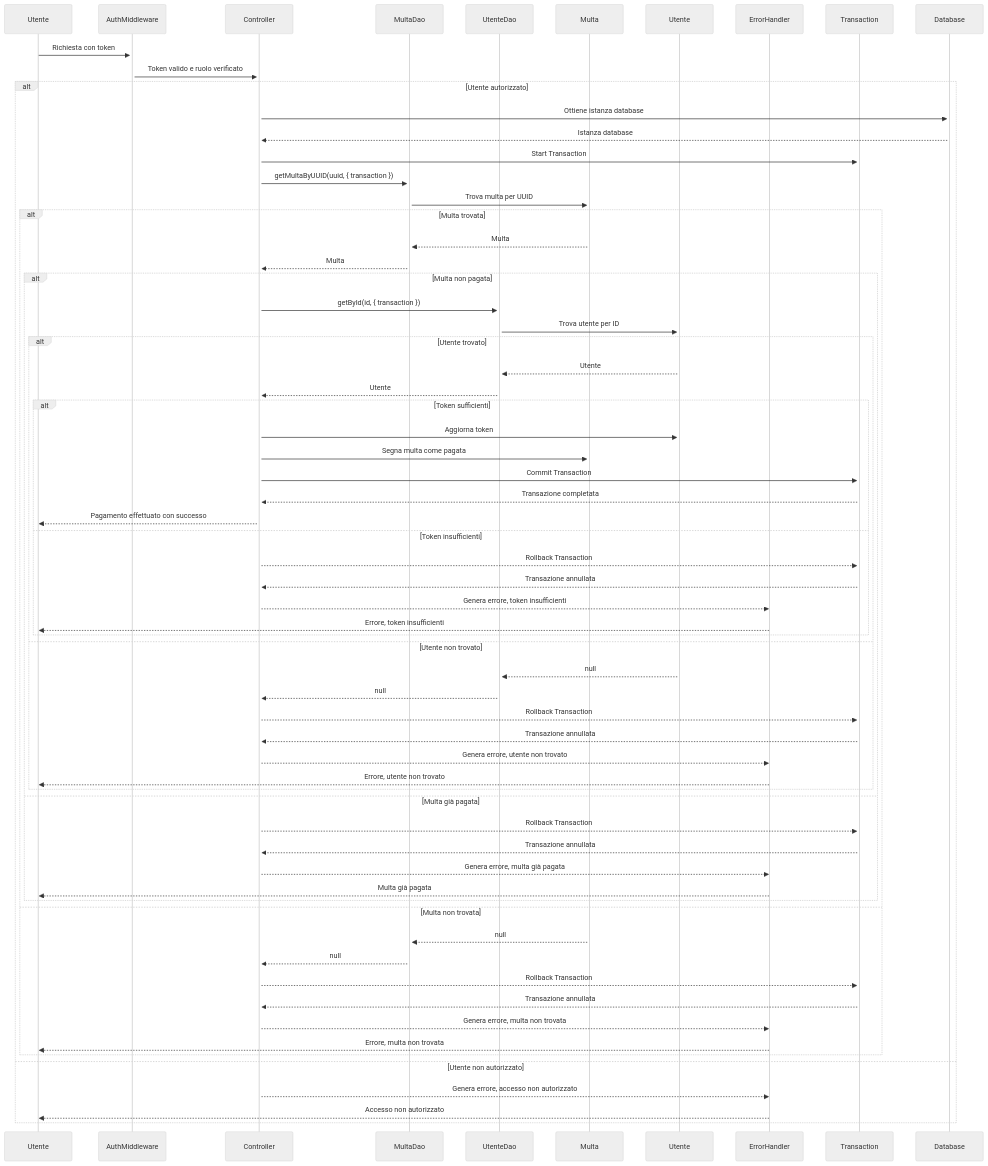
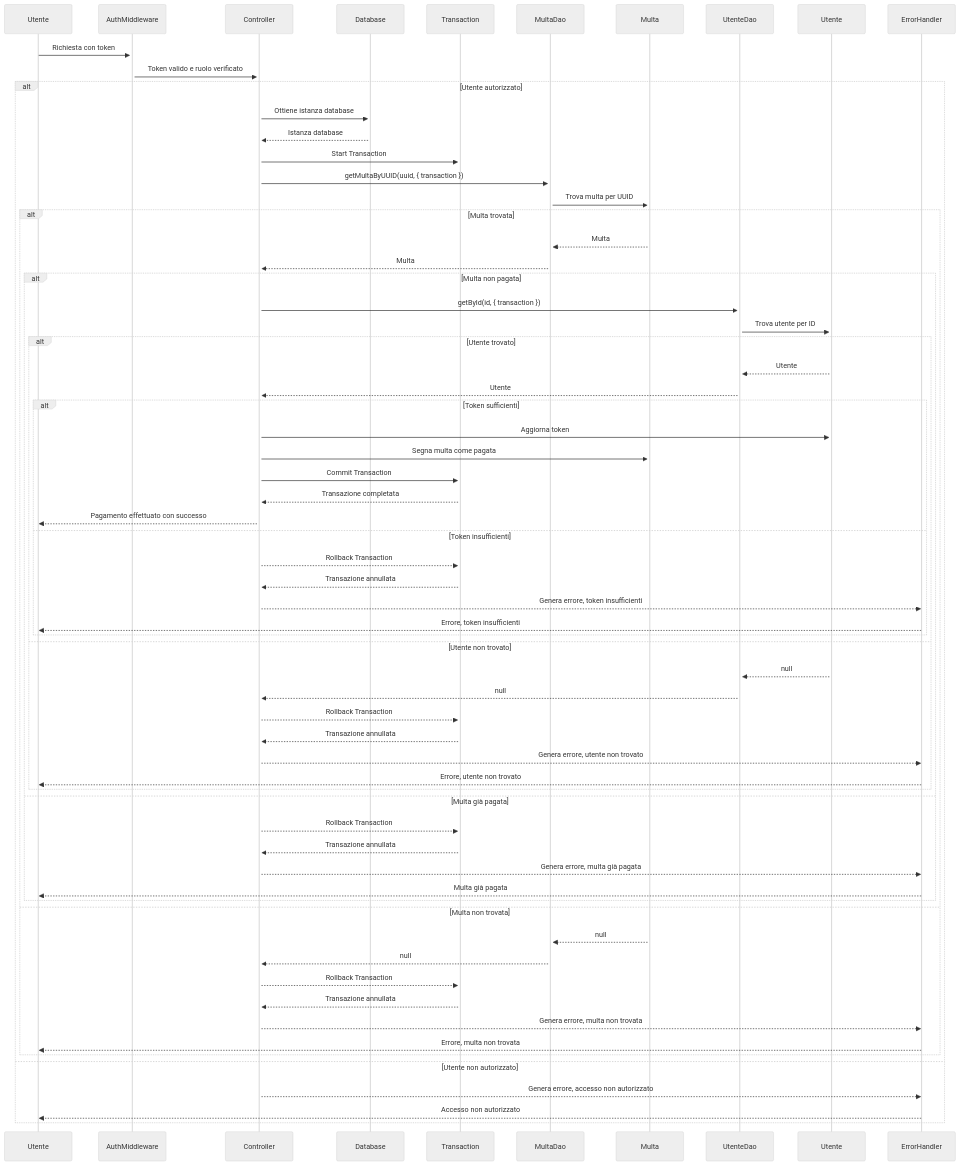
Diagram 11 of 12 in README.md (Arianna6400/Adv_Prog), drawn with Mermaid (neutral theme) before and after one commit. The commit also changed other lines of this file, not shown here.

````diff
--- a/README.md
+++ b/README.md
@@ -702,69 +702,71 @@
 ```mermaid
 sequenceDiagram
     participant U as Utente
     participant Auth as AuthMiddleware
     participant C as Controller
+    participant DB as Database
+    participant TR as Transaction
     participant DAO_M as MultaDao
+    participant M as Multa
     participant DAO_U as UtenteDao
-    participant M as Multa
     participant UTE as Utente
     participant Err as ErrorHandler
-    participant TR as Transaction
-    participant DB as Database
+    
+    
 
     U->>+Auth: Richiesta con token
     Auth->>+C: Token valido e ruolo verificato
     alt Utente autorizzato
         C->>+DB: Ottiene istanza database
         DB-->>C: Istanza database
         C->>+TR: Start Transaction
         C->>+DAO_M: getMultaByUUID(uuid, { transaction })
         DAO_M->>+M: Trova multa per UUID
         alt Multa trovata
             M-->>DAO_M: Multa
             DAO_M-->>C: Multa
             alt Multa non pagata
                 C->>+DAO_U: getById(id, { transaction })
                 DAO_U->>+UTE: Trova utente per ID
                 alt Utente trovato
                     UTE-->>DAO_U: Utente
                     DAO_U-->>C: Utente
                     alt Token sufficienti
                         C->>UTE: Aggiorna token
                         C->>M: Segna multa come pagata
                         C->>+TR: Commit Transaction
                         TR-->>C: Transazione completata
                         C-->>U: Pagamento effettuato con successo
                     else Token insufficienti
                         C-->>TR: Rollback Transaction
                         TR-->>C: Transazione annullata
                         C-->>Err: Genera errore, token insufficienti
                         Err-->>U: Errore, token insufficienti
                     end
                 else Utente non trovato
                     UTE-->>DAO_U: null
                     DAO_U-->>C: null
                     C-->>TR: Rollback Transaction
                     TR-->>C: Transazione annullata
                     C-->>Err: Genera errore, utente non trovato
                     Err-->>U: Errore, utente non trovato
                 end
             else Multa già pagata
                 C-->>TR: Rollback Transaction
                 TR-->>C: Transazione annullata
                 C-->>Err: Genera errore, multa già pagata
                 Err-->>U: Multa già pagata
             end
         else Multa non trovata
             M-->>DAO_M: null
             DAO_M-->>C: null
             C-->>TR: Rollback Transaction
             TR-->>C: Transazione annullata
             C-->>Err: Genera errore, multa non trovata
             Err-->>U: Errore, multa non trovata
         end
     else Utente non autorizzato
         C-->>Err: Genera errore, accesso non autorizzato
         Err-->>U: Accesso non autorizzato
     end
 ```
````
